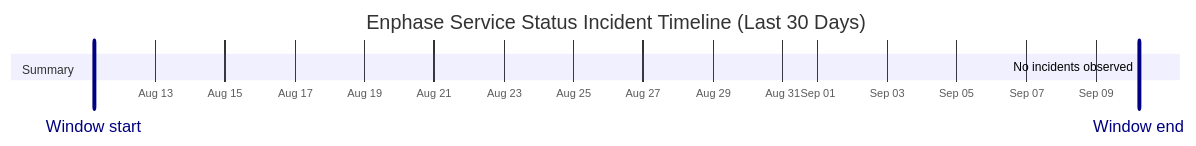
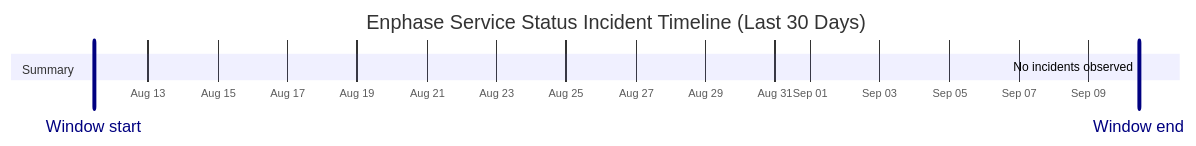
Before and after one commit to barneyonline/ha-enphase-energy: the diagram in wiki/Service-Status-History.md, drawn with Mermaid. The commit also changed other lines of this file and 3 other files, not shown here.

````diff
--- a/wiki/Service-Status-History.md
+++ b/wiki/Service-Status-History.md
@@ -14,10 +14,10 @@
 ```mermaid
 gantt
     title Enphase Service Status Incident Timeline (Last 30 Days)
     dateFormat  YYYY-MM-DDTHH:mm:ss
     axisFormat  %b %d
-    Window start :vert, window-start, 2026-08-11T05:36:40, 0ms
-    Window end :vert, window-end, 2026-09-10T05:36:40, 0ms
+    Window start :vert, window-start, 2026-08-11T10:39:16, 0ms
+    Window end :vert, window-end, 2026-09-10T10:39:16, 0ms
     section Summary
-    No incidents observed :done, 2026-09-10T05:36:40, 1m
+    No incidents observed :done, 2026-09-10T10:39:16, 1m
 ```
````
